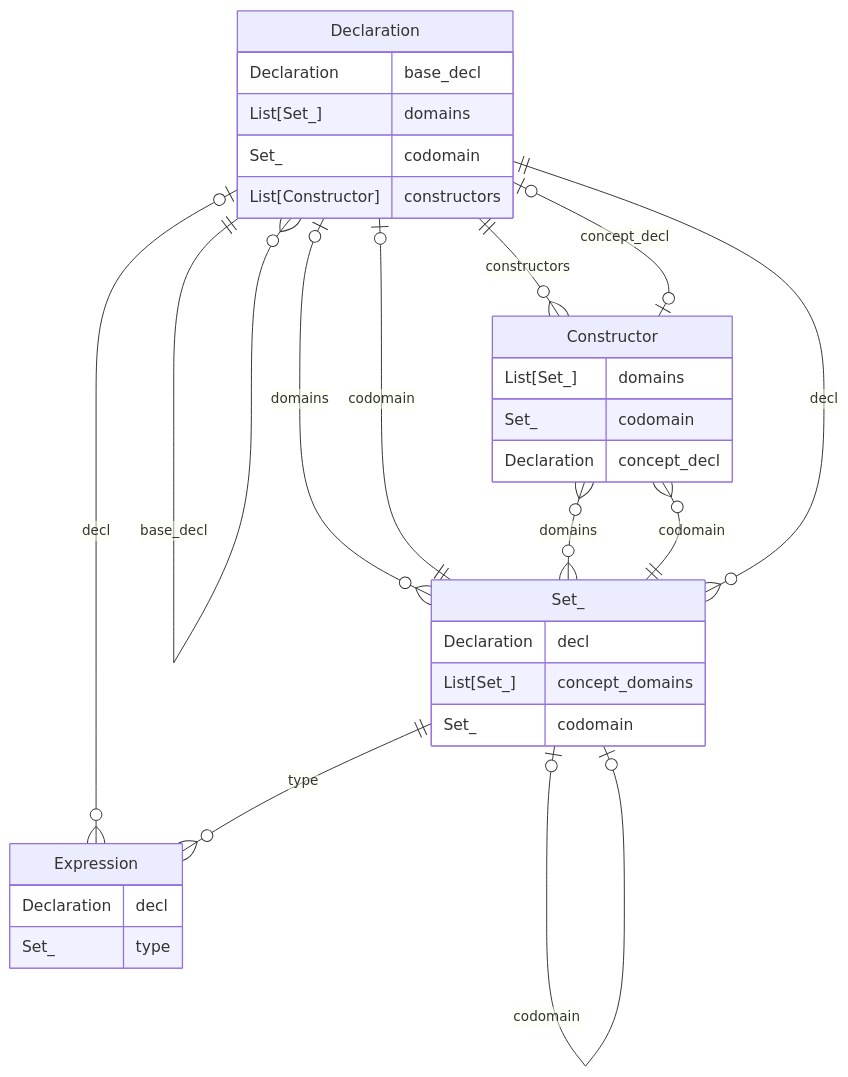
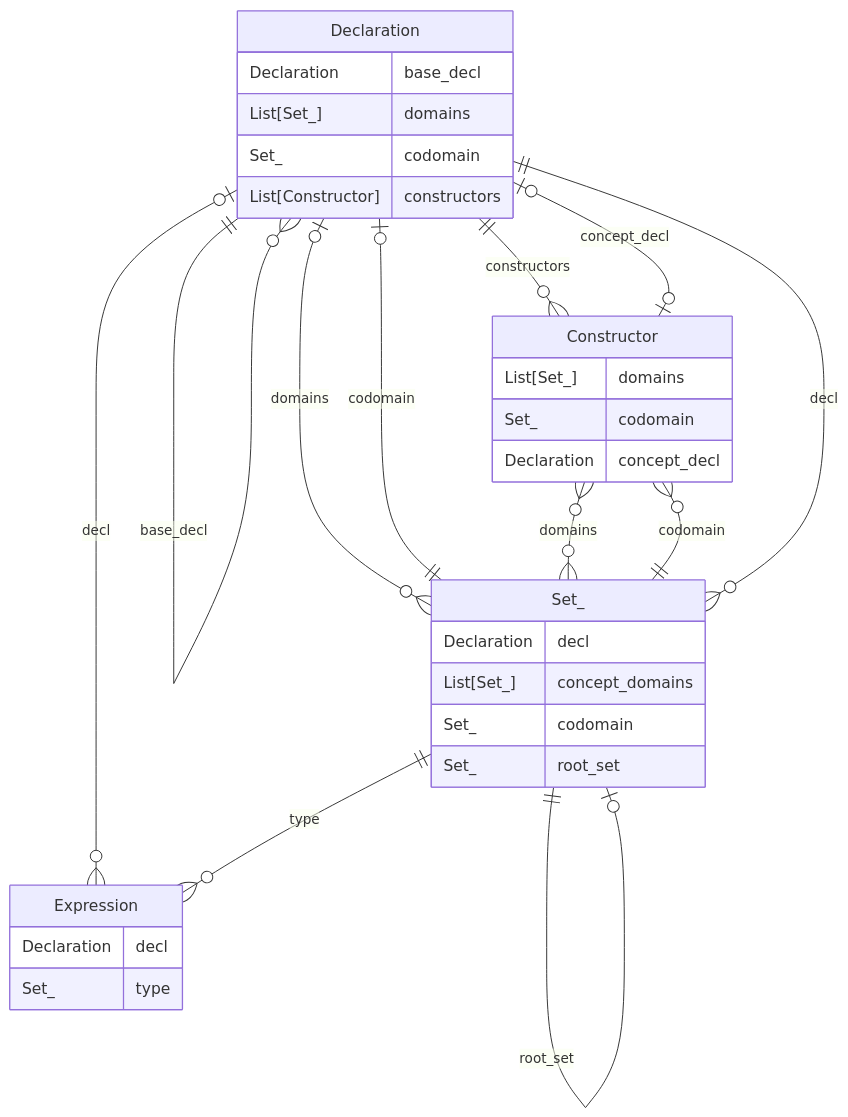
Before and after one commit to Sobhangh/IDP-Z3: the diagram in idp_engine/Diagrams.md, drawn with Mermaid. The commit also changed 4 other files, not shown here.

Commit message:
+ Set_.root_set

````diff
--- a/idp_engine/Diagrams.md
+++ b/idp_engine/Diagrams.md
@@ -8,36 +8,38 @@
 ```mermaid
 erDiagram
     Declaration ||--o{ Declaration : base_decl
     Set_ }o--|| Declaration: decl
     Declaration |o--o{ Set_ : domains
     Declaration |o--|| Set_: codomain
     Declaration |o--o{ Expression: decl
     Set_ |o--o{ Set_: concept_domains
     Set_ |o--o| Set_: codomain
     Set_ ||--o{ Expression: type
+    Set_ ||--o| Set_: root_set
     Constructor }o--o{ Set_ : domains
     Constructor }o--|| Set_ : codomain
     Constructor |o--o| Declaration: concept_decl
     Declaration ||--o{ Constructor: constructors
 
     Declaration {
         Declaration base_decl
         List[Set_] domains
         Set_ codomain
         List[Constructor] constructors
     }
     Set_ {
         Declaration decl
         List[Set_] concept_domains
         Set_ codomain
+        Set_ root_set
     }
     Expression {
         Declaration decl
         Set_ type
     }
     Constructor {
         List[Set_] domains
         Set_ codomain
         Declaration concept_decl
     }
 ```
````
